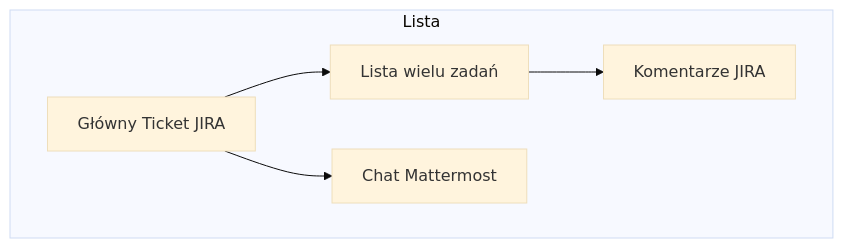
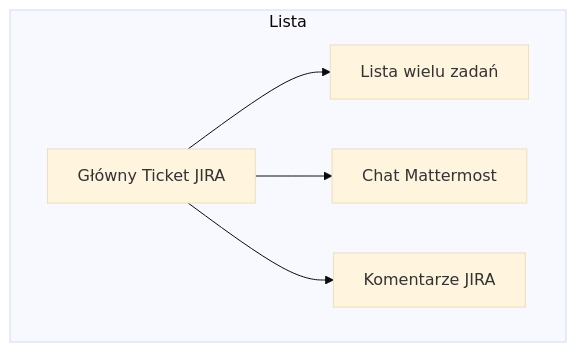
The first of 3 diagrams in README.md (tom-sapletta-com/komunikacja), drawn with Mermaid (base theme) before and after one commit.

````diff
--- a/README.md
+++ b/README.md
@@ -10,8 +10,8 @@
 ```mermaid
 graph TB
     subgraph Lista
         A[Główny Ticket JIRA] --> B[Lista wielu zadań]
         A --> C[Chat Mattermost]
-        B --> D[Komentarze JIRA]        
+        A --> D[Komentarze JIRA]        
     end
 ```
````
